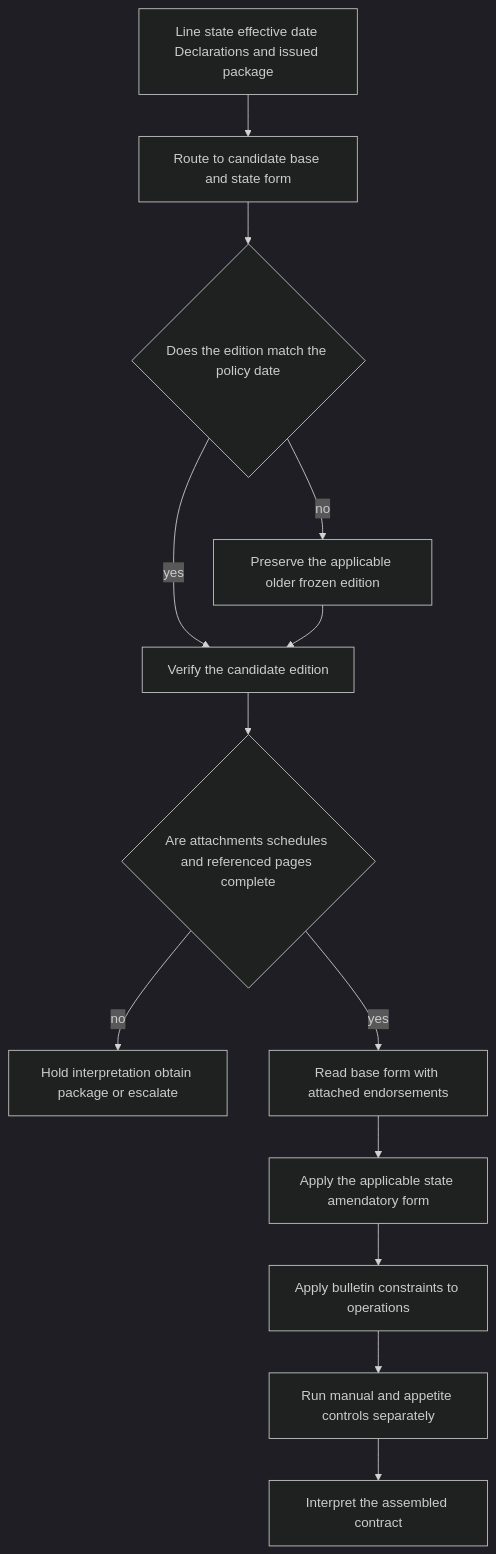
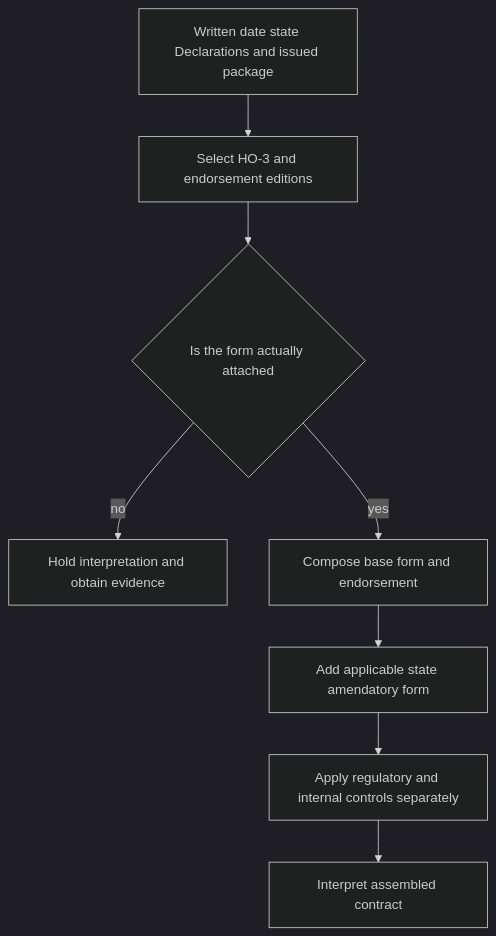
Before and after one commit to langchain-samples/openwiki-insurance-corpus: the diagram in openwiki/policy-assembly/editions-and-state-attachments.md, drawn with Mermaid (dark theme). The commit also changed other lines of this file and 76 other files, not shown here.

````diff
--- a/openwiki/policy-assembly/editions-and-state-attachments.md
+++ b/openwiki/policy-assembly/editions-and-state-attachments.md
@@ -78,15 +57,10 @@
 ```mermaid
 flowchart TD
-    A["Line state effective date Declarations and issued package"] --> B["Route to candidate base and state form"]
-    B --> C{"Does the edition match the policy date"}
-    C -->|"no"| D["Preserve the applicable older frozen edition"]
-    C -->|"yes"| E["Verify the candidate edition"]
-    D --> E
-    E --> F{"Are attachments schedules and referenced pages complete"}
-    F -->|"no"| G["Hold interpretation obtain package or escalate"]
-    F -->|"yes"| H["Read base form with attached endorsements"]
-    H --> I["Apply the applicable state amendatory form"]
-    I --> J["Apply bulletin constraints to operations"]
-    J --> K["Run manual and appetite controls separately"]
-    K --> L["Interpret the assembled contract"]
+    A["Written date state Declarations and issued package"] --> B["Select HO-3 and endorsement editions"]
+    B --> C{"Is the form actually attached"}
+    C -->|"no"| D["Hold interpretation and obtain evidence"]
+    C -->|"yes"| E["Compose base form and endorsement"]
+    E --> F["Add applicable state amendatory form"]
+    F --> G["Apply regulatory and internal controls separately"]
+    G --> H["Interpret assembled contract"]
 ```
````
